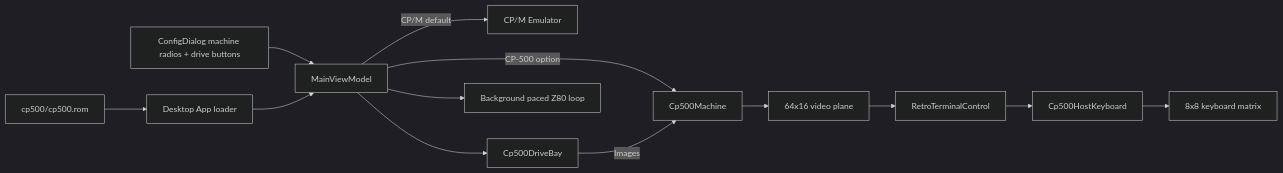
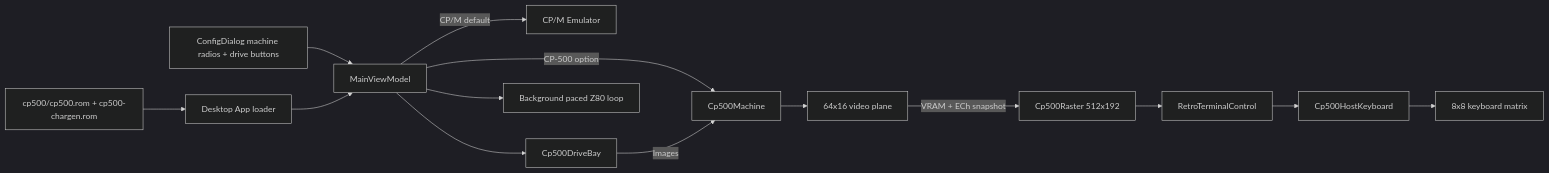
The diagram in lode/cp500/desktop-integration.md (fredimachado/heh8080), drawn with Mermaid (dark theme) before and after one commit. The commit also changed other lines of this file and 24 other files, not shown here.

````diff
--- a/lode/cp500/desktop-integration.md
+++ b/lode/cp500/desktop-integration.md
@@ -18,15 +21,16 @@
 ```mermaid
 flowchart LR
     Dialog[ConfigDialog machine radios + drive buttons] --> VM[MainViewModel]
-    ROM[cp500/cp500.rom] --> Desktop[Desktop App loader]
+    ROM[cp500/cp500.rom + cp500-chargen.rom] --> Desktop[Desktop App loader]
     Desktop --> VM
     VM -->|CP/M default| Emulator[CP/M Emulator]
     VM -->|CP-500 option| Machine[Cp500Machine]
     VM --> Bay[Cp500DriveBay]
     Bay -->|Images| Machine
     Machine --> Video[64x16 video plane]
-    Video --> CRT[RetroTerminalControl]
+    Video -->|VRAM + ECh snapshot| Raster[Cp500Raster 512x192]
+    Raster --> CRT[RetroTerminalControl]
     CRT --> HostKeys[Cp500HostKeyboard]
     HostKeys --> Keyboard[8x8 keyboard matrix]
     VM --> Loop[Background paced Z80 loop]
 ```
````
